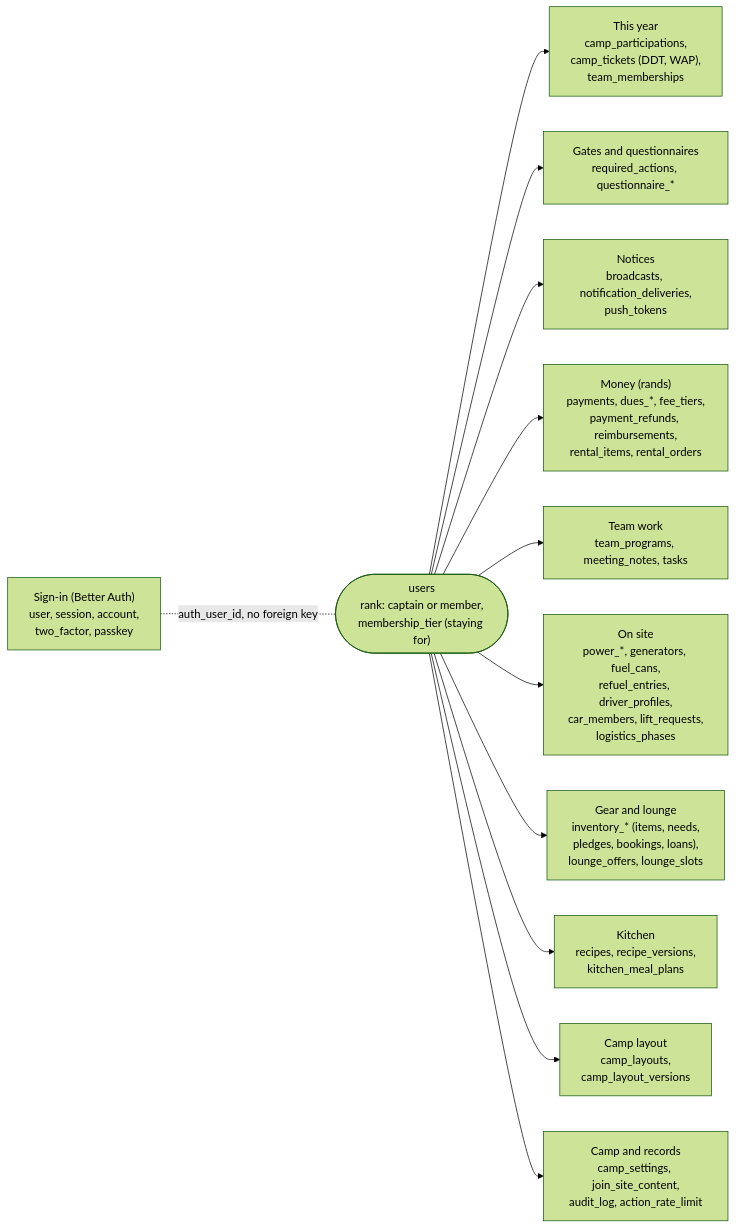
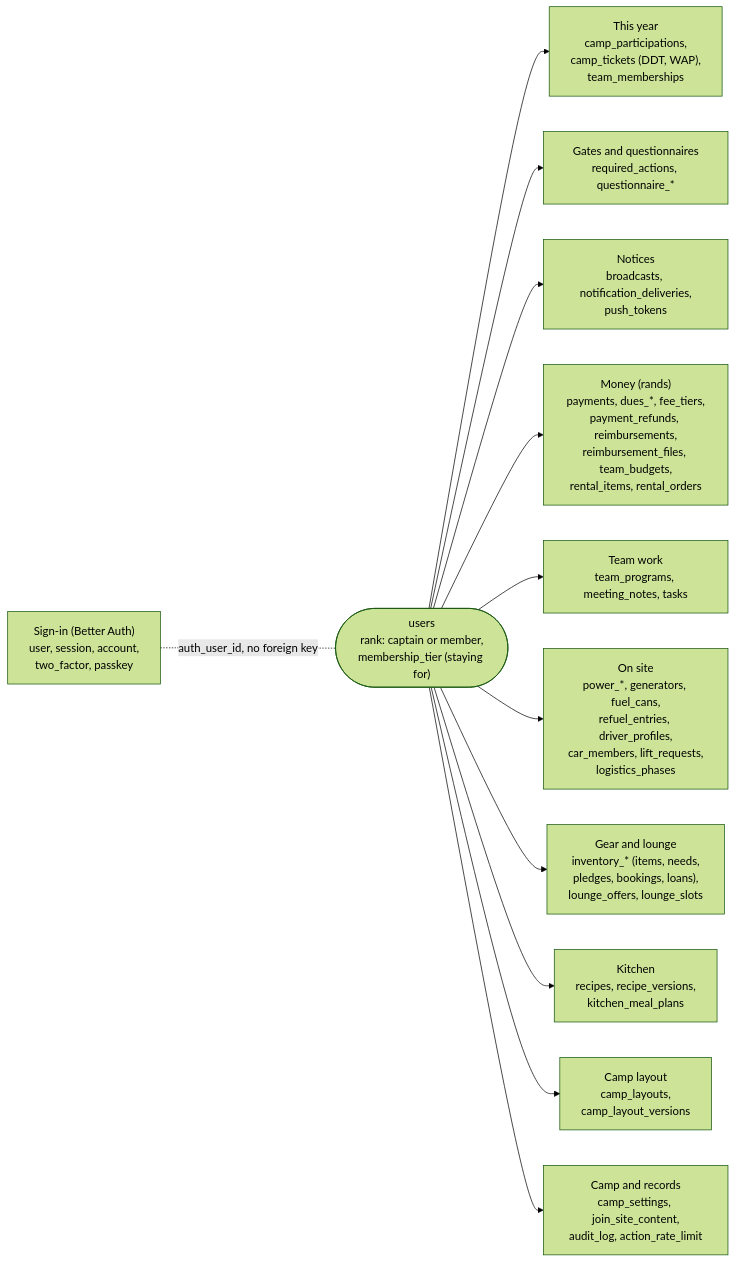
One commit to RyRy79261/camp-404 changed the fifth of 6 diagrams in docs/architecture.md. Above: the diagram before and after it, drawn with Mermaid (forest theme). The commit also changed 78 other files, not shown here.

First line of the commit message:
feat(budgets): one budget per team that everyone reads; a claim with its receipt goes to its team's lead, then Finance (#317)

````diff
--- a/docs/architecture.md
+++ b/docs/architecture.md
@@ -136,19 +136,19 @@
 ```mermaid
 flowchart LR
   authT["Sign-in (Better Auth)<br/>user, session, account,<br/>two_factor, passkey"]
   users(["users<br/>rank: captain or member,<br/>membership_tier (staying for)"])
   year["This year<br/>camp_participations,<br/>camp_tickets (DDT, WAP),<br/>team_memberships"]
   gates["Gates and questionnaires<br/>required_actions, questionnaire_*"]
   notes["Notices<br/>broadcasts, notification_deliveries,<br/>push_tokens"]
-  money["Money (rands)<br/>payments, dues_*, fee_tiers,<br/>payment_refunds, reimbursements,<br/>rental_items, rental_orders"]
+  money["Money (rands)<br/>payments, dues_*, fee_tiers,<br/>payment_refunds, reimbursements,<br/>reimbursement_files, team_budgets,<br/>rental_items, rental_orders"]
   teams["Team work<br/>team_programs, meeting_notes, tasks"]
   site["On site<br/>power_*, generators, fuel_cans,<br/>refuel_entries, driver_profiles,<br/>car_members, lift_requests,<br/>logistics_phases"]
   gear["Gear and lounge<br/>inventory_* (items, needs,<br/>pledges, bookings, loans),<br/>lounge_offers, lounge_slots"]
   layout["Camp layout<br/>camp_layouts,<br/>camp_layout_versions"]
   kitchen["Kitchen<br/>recipes, recipe_versions,<br/>kitchen_meal_plans"]
   config["Camp and records<br/>camp_settings, join_site_content,<br/>audit_log, action_rate_limit"]
   authT -. auth_user_id, no foreign key .- users
   users --> year & gates & notes & money
   users --> teams & site & gear & kitchen
   users --> layout & config
 ```
````
